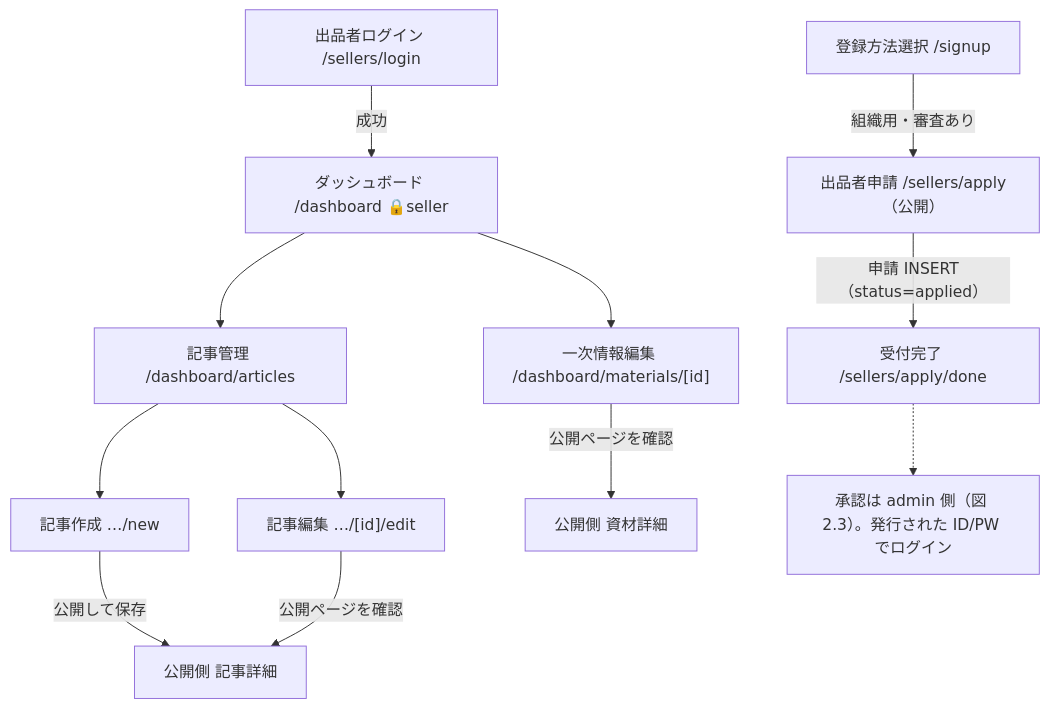
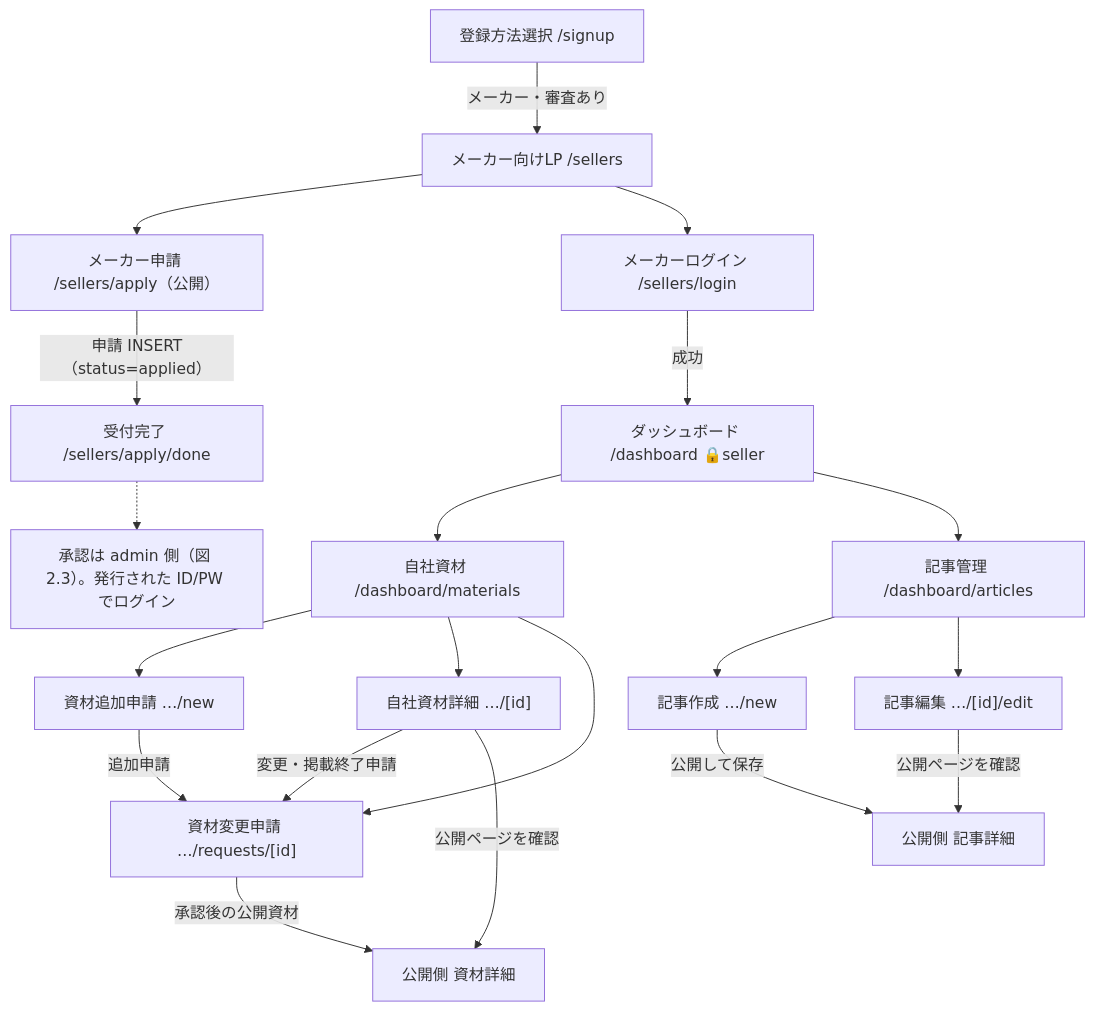
Before and after one commit to farmille/farmille: diagram 14 of 17 in docs/rebuild/06-diagrams.md, drawn with Mermaid. The commit also changed other lines of this file and 247 other files, not shown here.

````diff
--- a/docs/rebuild/06-diagrams.md
+++ b/docs/rebuild/06-diagrams.md
@@ -704,25 +751,34 @@
 ```mermaid
 flowchart TD
     SIGNUP["登録方法選択 /signup"]
-    APPLY["出品者申請 /sellers/apply（公開）"]
+    SELLERLP["メーカー向けLP /sellers"]
+    APPLY["メーカー申請 /sellers/apply（公開）"]
     DONE["受付完了 /sellers/apply/done"]
-    SLOGIN["出品者ログイン /sellers/login"]
+    SLOGIN["メーカーログイン /sellers/login"]
     DASH["ダッシュボード /dashboard 🔒seller"]
-    DMAT["一次情報編集 /dashboard/materials/[id]"]
+    DMATS["自社資材 /dashboard/materials"]
+    DMNEW["資材追加申請 …/new"]
+    DMAT["自社資材詳細 …/[id]"]
+    DMREQ["資材変更申請 …/requests/[id]"]
     DARTS["記事管理 /dashboard/articles"]
     DANEW["記事作成 …/new"]
     DAEDIT["記事編集 …/[id]/edit"]
     PUBMAT["公開側 資材詳細"]
     PUBART["公開側 記事詳細"]
 
-    SIGNUP -->|"組織用・審査あり"| APPLY
+    SIGNUP -->|"メーカー・審査あり"| SELLERLP
+    SELLERLP --> APPLY & SLOGIN
     APPLY -->|"申請 INSERT（status=applied）"| DONE
     Note1["承認は admin 側（図 2.3）。発行された ID/PW でログイン"]
     DONE -.-> Note1
     SLOGIN -->|"成功"| DASH
-    DASH --> DMAT & DARTS
+    DASH --> DMATS & DARTS
+    DMATS --> DMNEW & DMAT & DMREQ
+    DMNEW -->|"追加申請"| DMREQ
+    DMAT -->|"変更・掲載終了申請"| DMREQ
     DMAT -->|"公開ページを確認"| PUBMAT
+    DMREQ -->|"承認後の公開資材"| PUBMAT
     DARTS --> DANEW & DAEDIT
     DANEW -->|"公開して保存"| PUBART
     DAEDIT -->|"公開ページを確認"| PUBART
 ```
````
